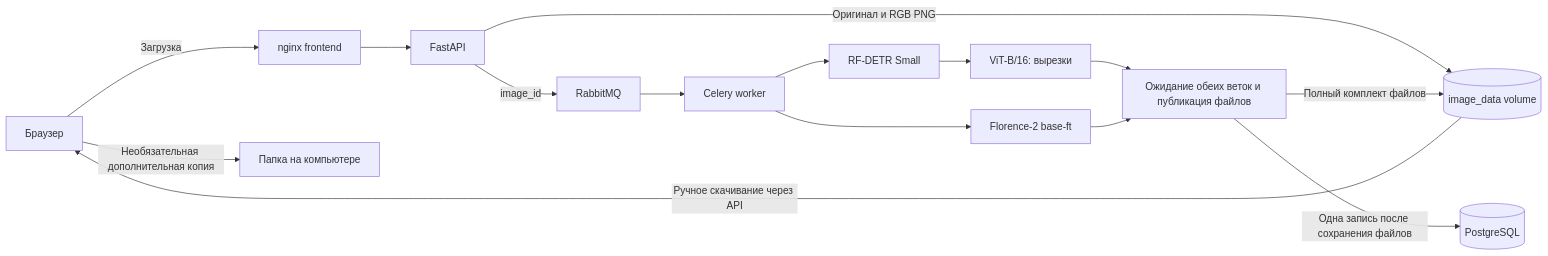
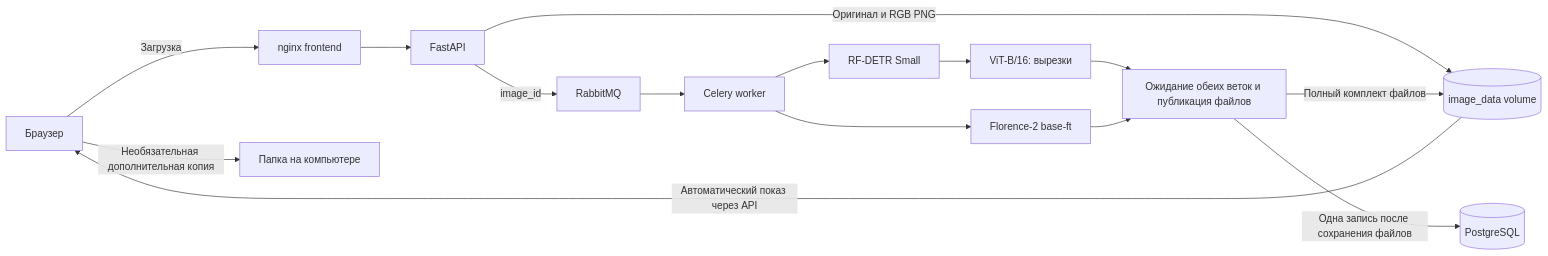
The diagram in PROJECT_PLAN.md (mishanikin055/kurs4), drawn with Mermaid before and after one commit. The commit also changed other lines of this file and 12 other files, not shown here.

````diff
--- a/PROJECT_PLAN.md
+++ b/PROJECT_PLAN.md
@@ -8,17 +8,17 @@
 ```mermaid
 flowchart LR
     U[Браузер] -->|Загрузка| F[nginx frontend]
     F --> API[FastAPI]
     API -->|Оригинал и RGB PNG| V[(image_data volume)]
     API -->|image_id| Q[RabbitMQ]
     Q --> W[Celery worker]
     W --> D[RF-DETR Small]
     D --> C[ViT-B/16: вырезки]
     W --> A[Florence-2 base-ft]
     C --> R[Ожидание обеих веток и публикация файлов]
     A --> R
     R -->|Полный комплект файлов| V
     R -->|Одна запись после сохранения файлов| DB[(PostgreSQL)]
-    V -->|Ручное скачивание через API| U
+    V -->|Автоматический показ через API| U
     U -->|Необязательная дополнительная копия| L[Папка на компьютере]
 ```
````
